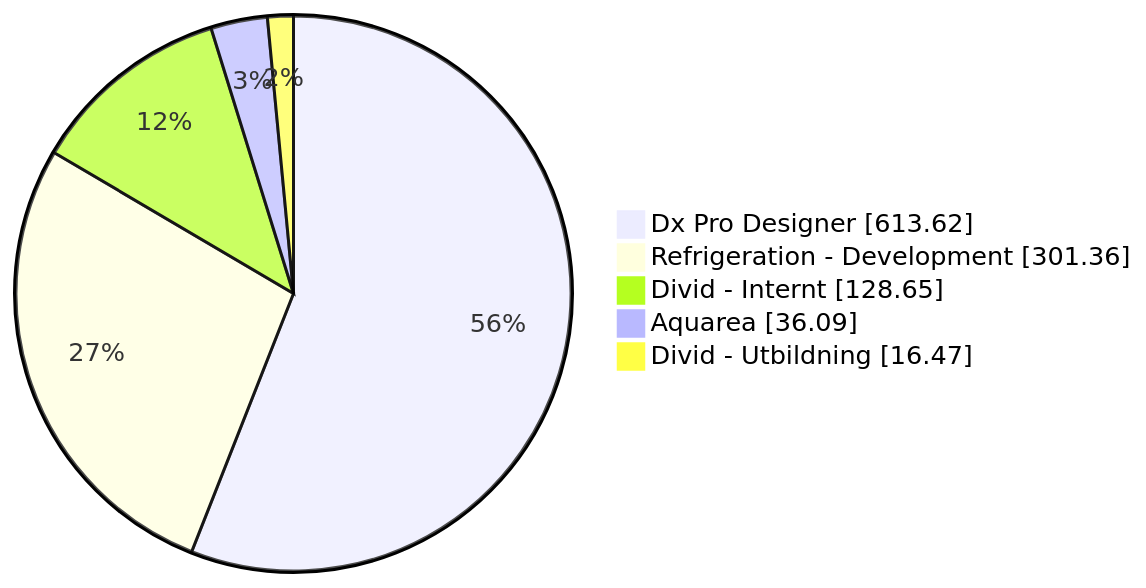
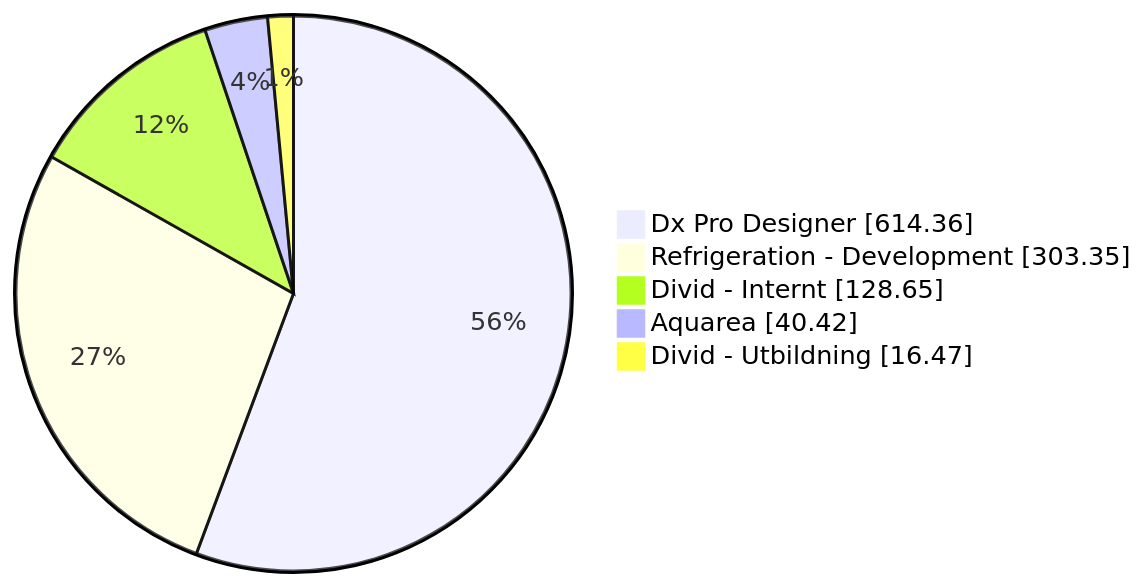
Before and after one commit to albinforsberg-netizen/timeclock: the first of 5 diagrams in README.org, drawn with Mermaid. The commit also changed other lines of this file, not shown here.

```diff
--- a/README.org
+++ b/README.org
@@ -34,8 +34,8 @@
 #+begin_src mermaid
 pie showData
-    "Dx Pro Designer" : 613.62
-    "Refrigeration - Development" : 301.36
+    "Dx Pro Designer" : 614.36
+    "Refrigeration - Development" : 303.35
     "Divid - Internt" : 128.65
-    "Aquarea" : 36.09
+    "Aquarea" : 40.42
     "Divid - Utbildning" : 16.47
 #+end_src
```
